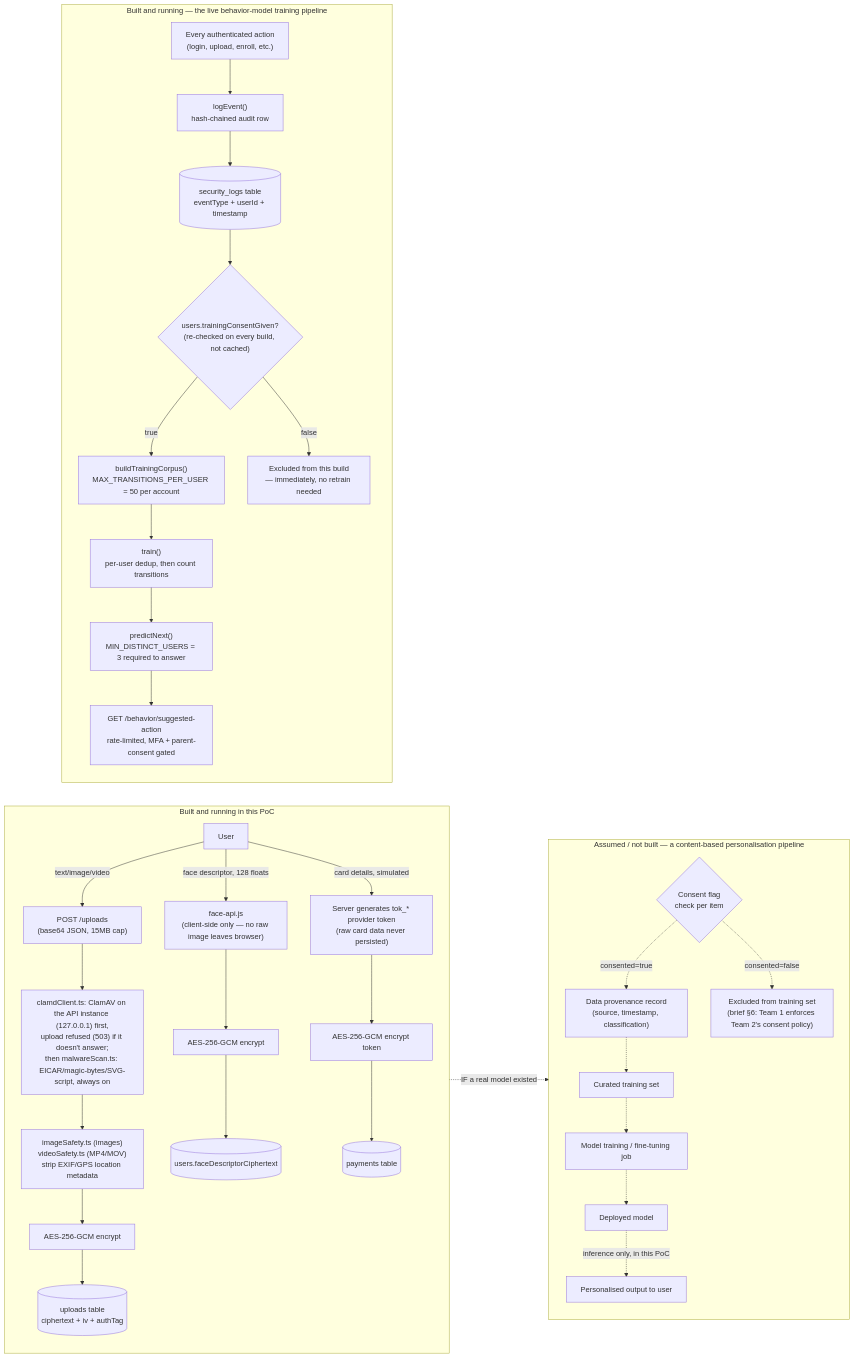
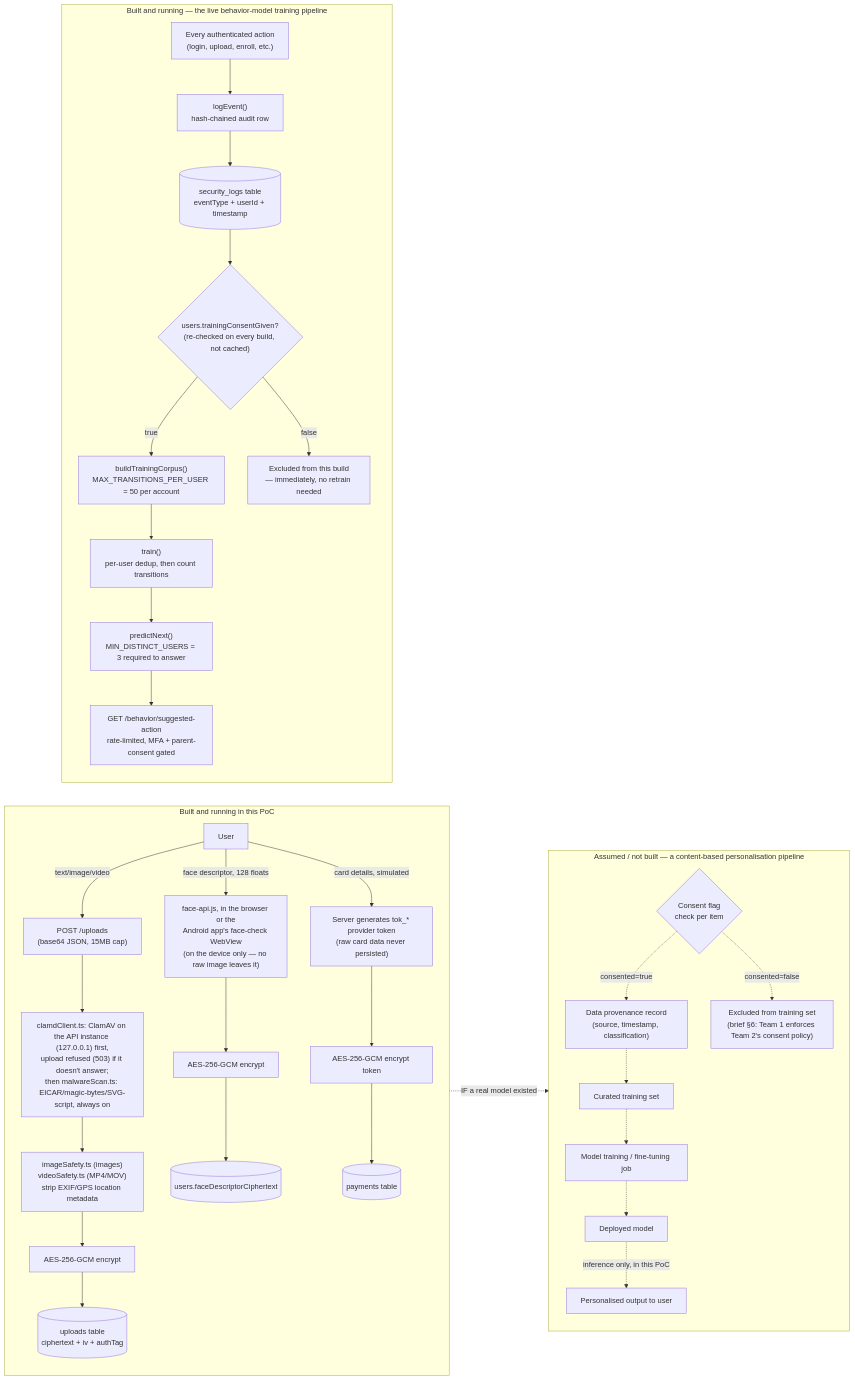
The diagram in docs/03_Data_Flow.md (GYaseenkhan/Biometric--Authentication), drawn with Mermaid before and after one commit. The commit also changed 28 other files, not shown here.

First line of the commit message:
Let people choose fingerprint or face in the Android app (#24)

````diff
--- a/docs/03_Data_Flow.md
+++ b/docs/03_Data_Flow.md
@@ -18,43 +18,43 @@
 ```mermaid
 flowchart LR
     subgraph Real["Built and running in this PoC"]
         direction TB
         U["User"] -->|text/image/video| Upload["POST /uploads<br/>(base64 JSON, 15MB cap)"]
         Upload --> Scan["clamdClient.ts: ClamAV on the API instance (127.0.0.1) first,<br/>upload refused (503) if it doesn't answer;<br/>then malwareScan.ts: EICAR/magic-bytes/SVG-script, always on"]
         Scan --> ImgStrip["imageSafety.ts (images)<br/>videoSafety.ts (MP4/MOV)<br/>strip EXIF/GPS location metadata"]
         ImgStrip --> Enc["AES-256-GCM encrypt"]
         Enc --> UploadsDB[("uploads table<br/>ciphertext + iv + authTag")]
 
-        U -->|face descriptor, 128 floats| FaceCap["face-api.js<br/>(client-side only — no raw image leaves browser)"]
+        U -->|face descriptor, 128 floats| FaceCap["face-api.js, in the browser or the<br/>Android app's face-check WebView<br/>(on the device only — no raw image leaves it)"]
         FaceCap --> EncFace["AES-256-GCM encrypt"]
         EncFace --> UsersDB[("users.faceDescriptorCiphertext")]
 
         U -->|card details, simulated| Tokenise["Server generates tok_* provider token<br/>(raw card data never persisted)"]
         Tokenise --> EncPay["AES-256-GCM encrypt token"]
         EncPay --> PayDB[("payments table")]
     end
 
     subgraph BehaviorReal["Built and running — the live behavior-model training pipeline"]
         direction TB
         Activity["Every authenticated action<br/>(login, upload, enroll, etc.)"] --> LogEvent["logEvent()<br/>hash-chained audit row"]
         LogEvent --> LogsDB[("security_logs table<br/>eventType + userId + timestamp")]
         ConsentFlag{"users.trainingConsentGiven?<br/>(re-checked on every build, not cached)"}
         LogsDB --> ConsentFlag
         ConsentFlag -->|true| PerUserCap["buildTrainingCorpus()<br/>MAX_TRANSITIONS_PER_USER = 50 per account"]
         ConsentFlag -->|false| ExcludedReal["Excluded from this build<br/>— immediately, no retrain needed"]
         PerUserCap --> Train["train()<br/>per-user dedup, then count transitions"]
         Train --> Threshold["predictNext()<br/>MIN_DISTINCT_USERS = 3 required to answer"]
         Threshold --> Serve["GET /behavior/suggested-action<br/>rate-limited, MFA + parent-consent gated"]
     end
 
     subgraph Assumed["Assumed / not built — a content-based personalisation pipeline"]
         direction TB
         UploadsDB -.->|"IF a real model existed"| Consent{"Consent flag<br/>check per item"}
         Consent -.->|consented=true| Provenance["Data provenance record<br/>(source, timestamp, classification)"]
         Consent -.->|consented=false| Blocked["Excluded from training set<br/>(brief §6: Team 1 enforces Team 2's consent policy)"]
         Provenance -.-> TrainSet["Curated training set"]
         TrainSet -.-> Training["Model training / fine-tuning job"]
         Training -.-> Model["Deployed model"]
         Model -.->|inference only, in this PoC| Personalise["Personalised output to user"]
     end
 ```
````
